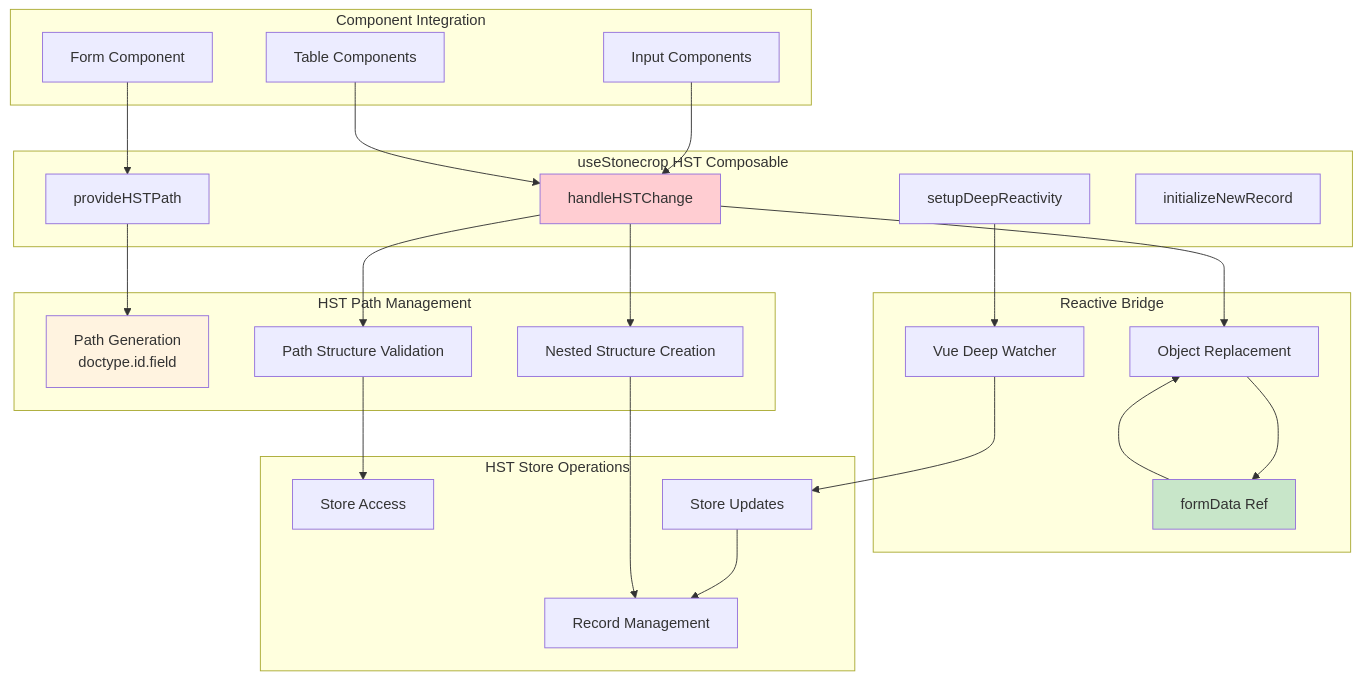
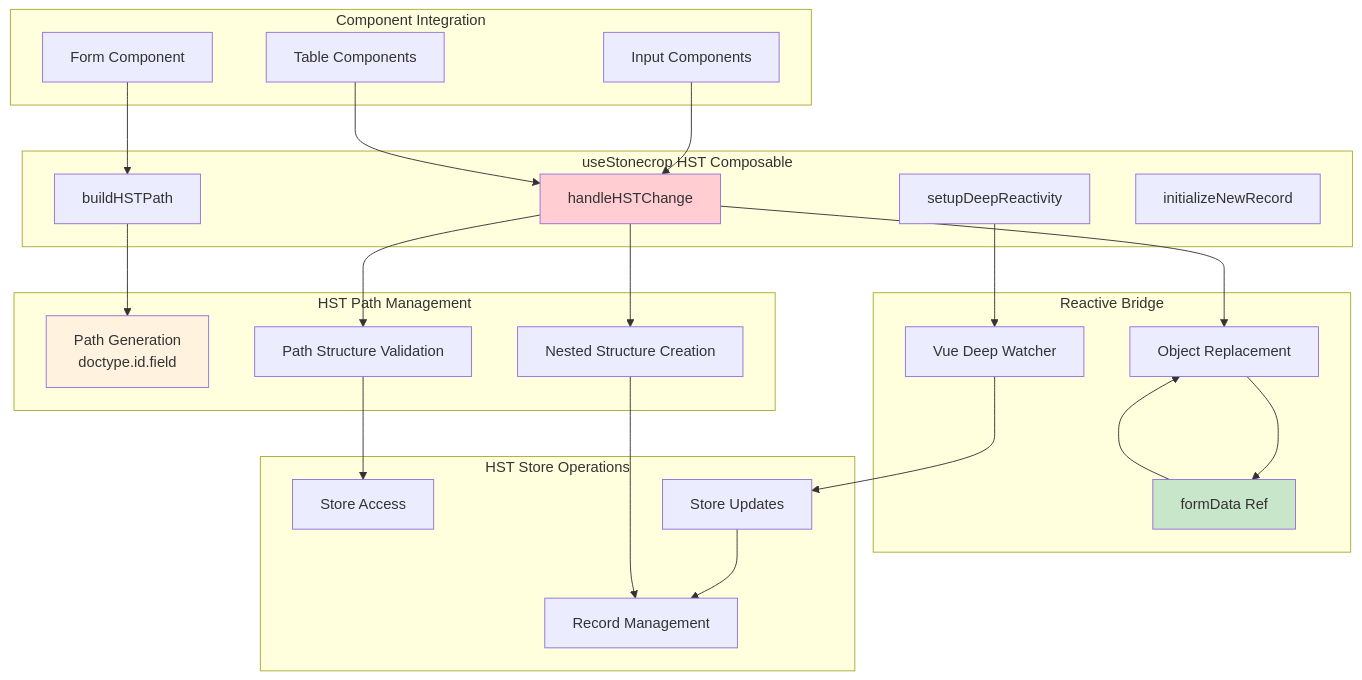
One commit to agritheory/stonecrop changed the second of 6 diagrams in stonecrop/docs/hst/architecture.md. Above: the diagram before and after it, drawn with Mermaid. The commit also changed other lines of this file and 21 other files, not shown here.

````diff
--- a/stonecrop/docs/hst/architecture.md
+++ b/stonecrop/docs/hst/architecture.md
@@ -51,56 +51,56 @@
 ```mermaid
 graph TB
     subgraph "Component Integration"
         FC[Form Component]
         IC[Input Components]
         TC[Table Components]
     end
 
     subgraph "useStonecrop HST Composable"
-        PHST[provideHSTPath]
+        BHP[buildHSTPath]
         HHST[handleHSTChange]
         SDUP[setupDeepReactivity]
         INR[initializeNewRecord]
     end
 
     subgraph "HST Path Management"
         PG[Path Generation<br/>doctype.id.field]
         PS[Path Structure Validation]
         NS[Nested Structure Creation]
     end
 
     subgraph "Reactive Bridge"
         FDR[formData Ref]
         VW[Vue Deep Watcher]
         OR[Object Replacement]
     end
 
     subgraph "HST Store Operations"
         SA[Store Access]
         SU[Store Updates]
         REC[Record Management]
     end
 
-    FC --> PHST
+    FC --> BHP
     IC --> HHST
     TC --> HHST
 
-    PHST --> PG
+    BHP --> PG
     HHST --> PS
     HHST --> NS
     HHST --> OR
 
     SDUP --> VW
     VW --> SU
 
     FDR --> OR
     OR --> FDR
 
     PS --> SA
     SU --> REC
     NS --> REC
 
     style HHST fill:#ffcdd2
     style FDR fill:#c8e6c9
     style PG fill:#fff3e0
 ```
````
